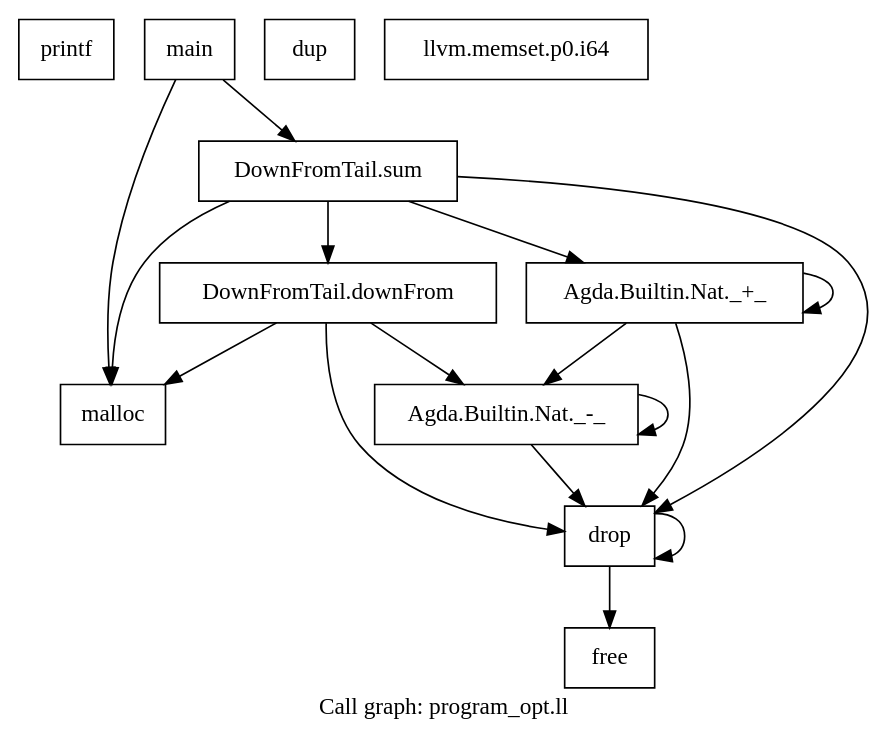
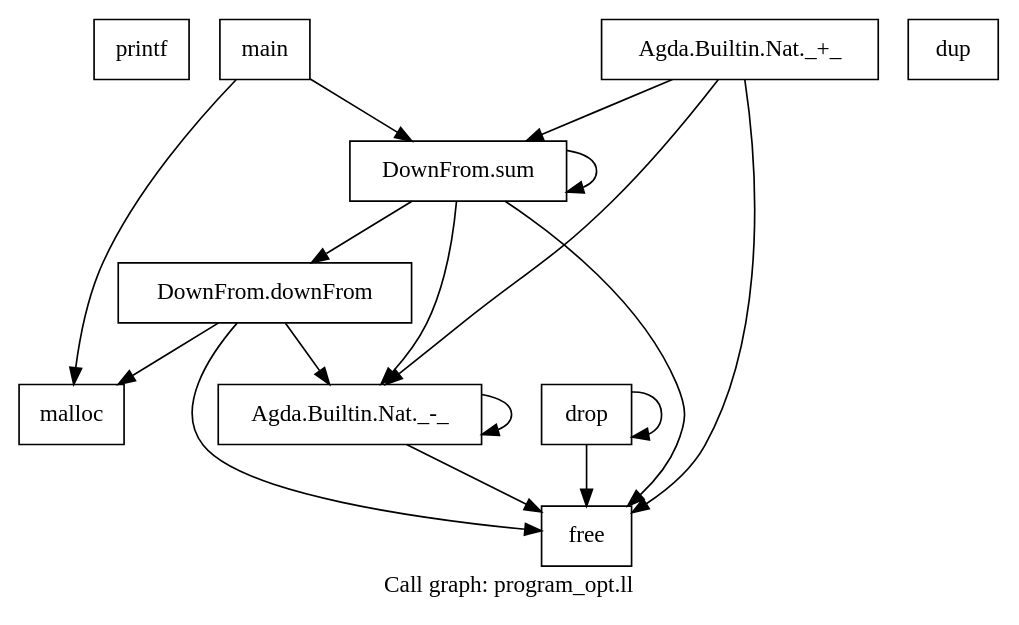
One commit to fredins/agda-llvm changed the diagram in llvm/program_opt.ll.callgraph.dot. Above: the diagram before and after it, drawn with Graphviz. The commit also changed 14 other files, not shown here.

```diff
--- a/llvm/program_opt.ll.callgraph.dot
+++ b/llvm/program_opt.ll.callgraph.dot
@@ -1,31 +1,30 @@
 digraph "Call graph: program_opt.ll" {
 	label="Call graph: program_opt.ll";
 
-	Node0x1592a30 [shape=record,label="{printf}"];
-	Node0x1593010 [shape=record,label="{malloc}"];
-	Node0x1593f10 [shape=record,label="{free}"];
-	Node0x157bdf0 [shape=record,label="{Agda.Builtin.Nat._+_}"];
-	Node0x157bdf0 -> Node0x157bdf0;
-	Node0x157bdf0 -> Node0x1591b10;
-	Node0x157bdf0 -> Node0x1591dd0;
-	Node0x1591dd0 [shape=record,label="{Agda.Builtin.Nat._-_}"];
-	Node0x1591dd0 -> Node0x1591dd0;
-	Node0x1591dd0 -> Node0x1591b10;
-	Node0x1596200 [shape=record,label="{DownFromTail.downFrom}"];
-	Node0x1596200 -> Node0x1591dd0;
-	Node0x1596200 -> Node0x1591b10;
-	Node0x1596200 -> Node0x1593010;
-	Node0x1599fc0 [shape=record,label="{DownFromTail.sum}"];
-	Node0x1599fc0 -> Node0x1596200;
-	Node0x1599fc0 -> Node0x1591b10;
-	Node0x1599fc0 -> Node0x157bdf0;
-	Node0x1599fc0 -> Node0x1593010;
-	Node0x159a190 [shape=record,label="{main}"];
-	Node0x159a190 -> Node0x1593010;
-	Node0x159a190 -> Node0x1599fc0;
-	Node0x1591b10 [shape=record,label="{drop}"];
-	Node0x1591b10 -> Node0x1593f10;
-	Node0x1591b10 -> Node0x1591b10;
-	Node0x159a880 [shape=record,label="{dup}"];
-	Node0x159a900 [shape=record,label="{llvm.memset.p0.i64}"];
+	Node0x1eda280 [shape=record,label="{printf}"];
+	Node0x1eda330 [shape=record,label="{malloc}"];
+	Node0x1ec6da0 [shape=record,label="{free}"];
+	Node0x1ede030 [shape=record,label="{DownFrom.downFrom}"];
+	Node0x1ede030 -> Node0x1ede0b0;
+	Node0x1ede030 -> Node0x1ec6da0;
+	Node0x1ede030 -> Node0x1eda330;
+	Node0x1ede360 [shape=record,label="{DownFrom.sum}"];
+	Node0x1ede360 -> Node0x1ede030;
+	Node0x1ede360 -> Node0x1ec6da0;
+	Node0x1ede360 -> Node0x1ede0b0;
+	Node0x1ede360 -> Node0x1ede360;
+	Node0x1ee2180 [shape=record,label="{main}"];
+	Node0x1ee2180 -> Node0x1eda330;
+	Node0x1ee2180 -> Node0x1ede360;
+	Node0x1ee2200 [shape=record,label="{Agda.Builtin.Nat._+_}"];
+	Node0x1ee2200 -> Node0x1ede360;
+	Node0x1ee2200 -> Node0x1ec6da0;
+	Node0x1ee2200 -> Node0x1ede0b0;
+	Node0x1ede0b0 [shape=record,label="{Agda.Builtin.Nat._-_}"];
+	Node0x1ede0b0 -> Node0x1ede0b0;
+	Node0x1ede0b0 -> Node0x1ec6da0;
+	Node0x1ee2330 [shape=record,label="{drop}"];
+	Node0x1ee2330 -> Node0x1ec6da0;
+	Node0x1ee2330 -> Node0x1ee2330;
+	Node0x1ee2980 [shape=record,label="{dup}"];
 }
```
